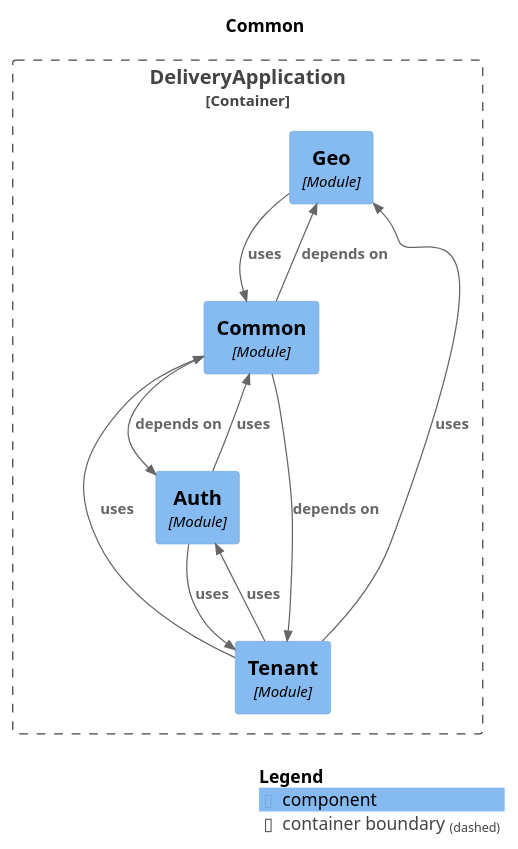
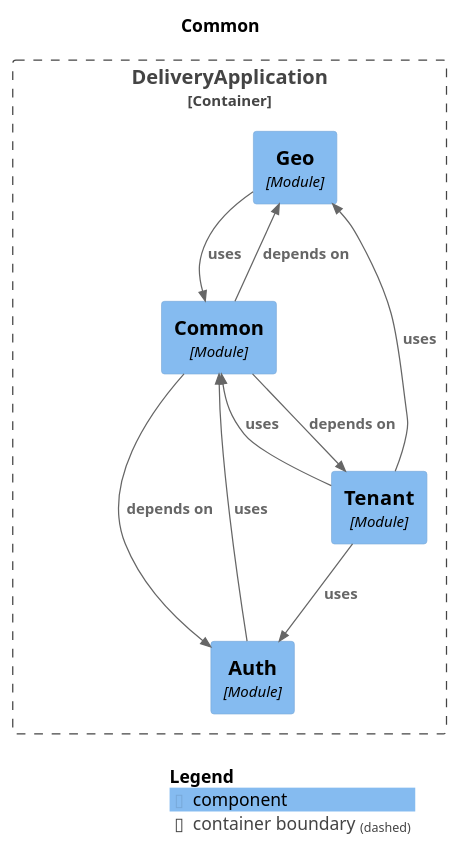
The diagram in docs/architecture/modules/module-common.puml (fxavier/pede-aqui), drawn with PlantUML before and after one commit. The commit also changed 22 other files, not shown here.

```diff
--- a/docs/architecture/modules/module-common.puml
+++ b/docs/architecture/modules/module-common.puml
@@ -1,29 +1,28 @@
 @startuml
 set separator none
 title Common
 
 top to bottom direction
 
 !include <C4/C4>
 !include <C4/C4_Context>
 !include <C4/C4_Component>
 
 Container_Boundary("DeliveryApplication.DeliveryApplication_boundary", "DeliveryApplication", $tags="") {
   Component(DeliveryApplication.DeliveryApplication.Geo, "Geo", $techn="Module", $descr="", $tags="", $link="")
   Component(DeliveryApplication.DeliveryApplication.Tenant, "Tenant", $techn="Module", $descr="", $tags="", $link="")
   Component(DeliveryApplication.DeliveryApplication.Auth, "Auth", $techn="Module", $descr="", $tags="", $link="")
   Component(DeliveryApplication.DeliveryApplication.Common, "Common", $techn="Module", $descr="", $tags="", $link="")
 }
 
+Rel(DeliveryApplication.DeliveryApplication.Auth, DeliveryApplication.DeliveryApplication.Common, "uses", $techn="", $tags="", $link="")
 Rel(DeliveryApplication.DeliveryApplication.Common, DeliveryApplication.DeliveryApplication.Geo, "depends on", $techn="", $tags="", $link="")
 Rel(DeliveryApplication.DeliveryApplication.Common, DeliveryApplication.DeliveryApplication.Tenant, "depends on", $techn="", $tags="", $link="")
 Rel(DeliveryApplication.DeliveryApplication.Common, DeliveryApplication.DeliveryApplication.Auth, "depends on", $techn="", $tags="", $link="")
-Rel(DeliveryApplication.DeliveryApplication.Auth, DeliveryApplication.DeliveryApplication.Common, "uses", $techn="", $tags="", $link="")
-Rel(DeliveryApplication.DeliveryApplication.Auth, DeliveryApplication.DeliveryApplication.Tenant, "uses", $techn="", $tags="", $link="")
 Rel(DeliveryApplication.DeliveryApplication.Tenant, DeliveryApplication.DeliveryApplication.Geo, "uses", $techn="", $tags="", $link="")
 Rel(DeliveryApplication.DeliveryApplication.Tenant, DeliveryApplication.DeliveryApplication.Common, "uses", $techn="", $tags="", $link="")
 Rel(DeliveryApplication.DeliveryApplication.Tenant, DeliveryApplication.DeliveryApplication.Auth, "uses", $techn="", $tags="", $link="")
 Rel(DeliveryApplication.DeliveryApplication.Geo, DeliveryApplication.DeliveryApplication.Common, "uses", $techn="", $tags="", $link="")
 
 SHOW_LEGEND(true)
 @enduml
```
